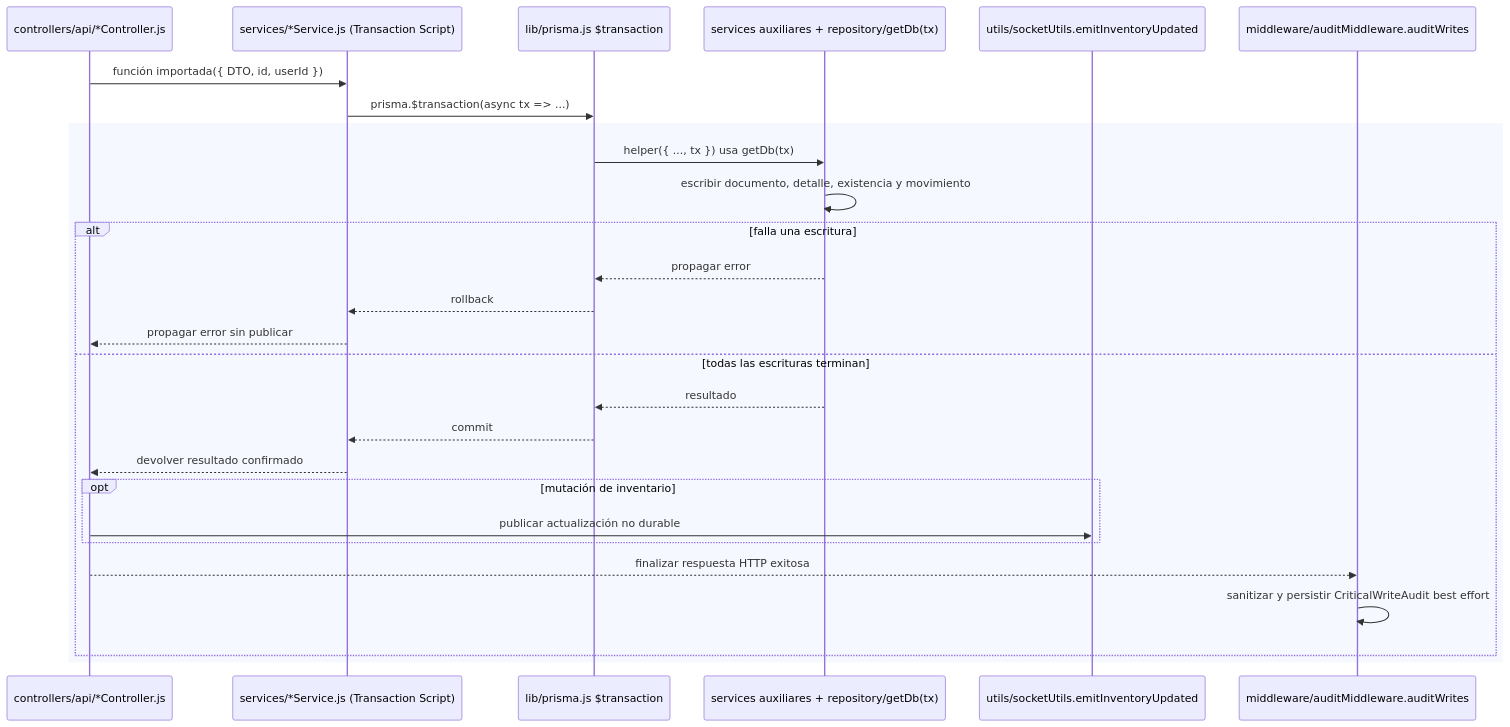
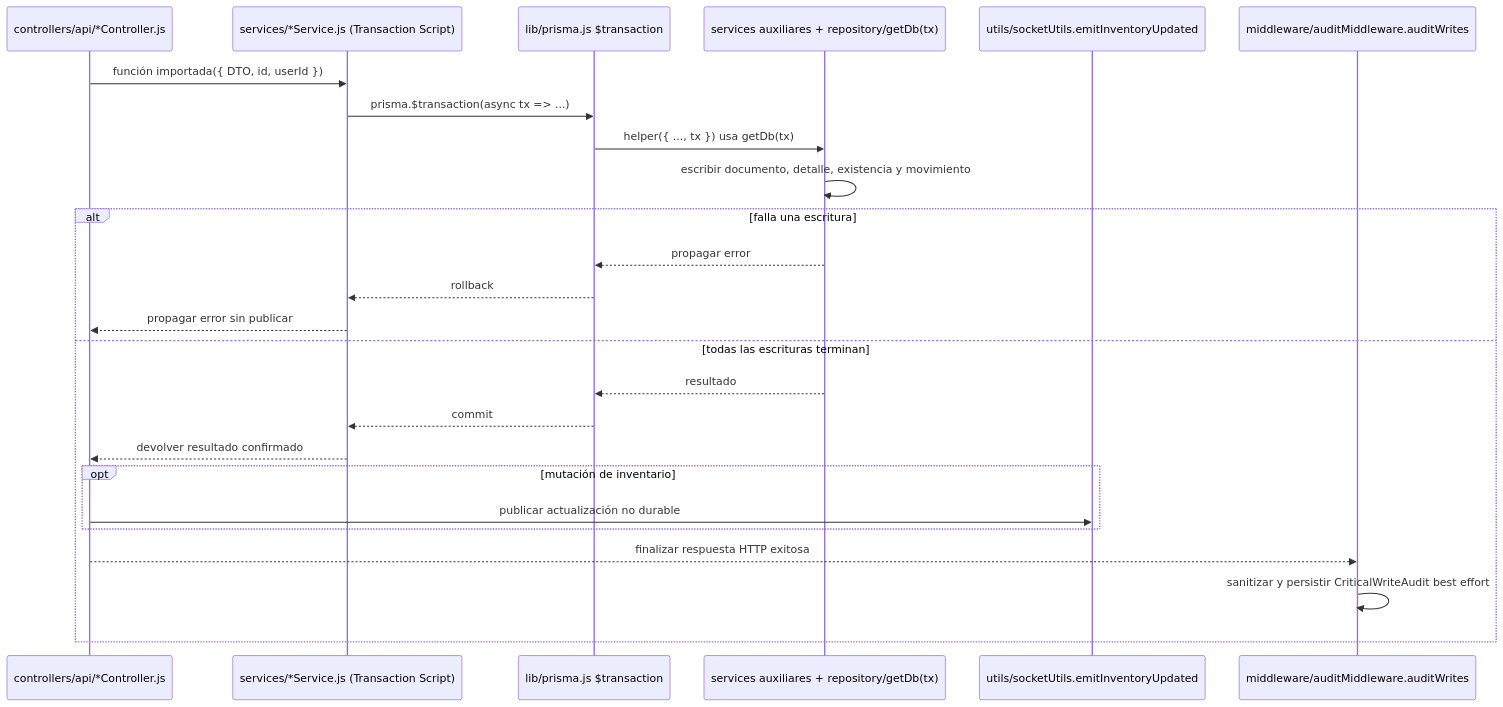
Before and after one commit to gpgsistemas01/nexus: the fourth of 5 diagrams in docs/architecture/design-and-construction-patterns/04-catalogo-visual-de-patrones-aplicados.md, drawn with Mermaid.

Commit message:
docs: alinear diagrama transaccional con el catálogo

````diff
--- a/docs/architecture/design-and-construction-patterns/04-catalogo-visual-de-patrones-aplicados.md
+++ b/docs/architecture/design-and-construction-patterns/04-catalogo-visual-de-patrones-aplicados.md
@@ -124,30 +124,28 @@
 ```mermaid
 sequenceDiagram
     participant Controller as controllers/api/*Controller.js
     participant Service as services/*Service.js (Transaction Script)
     participant Prisma as lib/prisma.js $transaction
     participant Writes as services auxiliares + repository/getDb(tx)
     participant Events as utils/socketUtils.emitInventoryUpdated
     participant Audit as middleware/auditMiddleware.auditWrites
 
     Controller->>Service: función importada({ DTO, id, userId })
     Service->>Prisma: prisma.$transaction(async tx => ...)
-    rect rgb(245, 248, 255)
-        Prisma->>Writes: helper({ ..., tx }) usa getDb(tx)
-        Writes->>Writes: escribir documento, detalle, existencia y movimiento
-        alt falla una escritura
-            Writes-->>Prisma: propagar error
-            Prisma-->>Service: rollback
-            Service-->>Controller: propagar error sin publicar
-        else todas las escrituras terminan
-            Writes-->>Prisma: resultado
-            Prisma-->>Service: commit
-            Service-->>Controller: devolver resultado confirmado
-            opt mutación de inventario
-                Controller->>Events: publicar actualización no durable
-            end
-            Controller-->>Audit: finalizar respuesta HTTP exitosa
-            Audit->>Audit: sanitizar y persistir CriticalWriteAudit best effort
+    Prisma->>Writes: helper({ ..., tx }) usa getDb(tx)
+    Writes->>Writes: escribir documento, detalle, existencia y movimiento
+    alt falla una escritura
+        Writes-->>Prisma: propagar error
+        Prisma-->>Service: rollback
+        Service-->>Controller: propagar error sin publicar
+    else todas las escrituras terminan
+        Writes-->>Prisma: resultado
+        Prisma-->>Service: commit
+        Service-->>Controller: devolver resultado confirmado
+        opt mutación de inventario
+            Controller->>Events: publicar actualización no durable
         end
+        Controller-->>Audit: finalizar respuesta HTTP exitosa
+        Audit->>Audit: sanitizar y persistir CriticalWriteAudit best effort
     end
 ```
````
